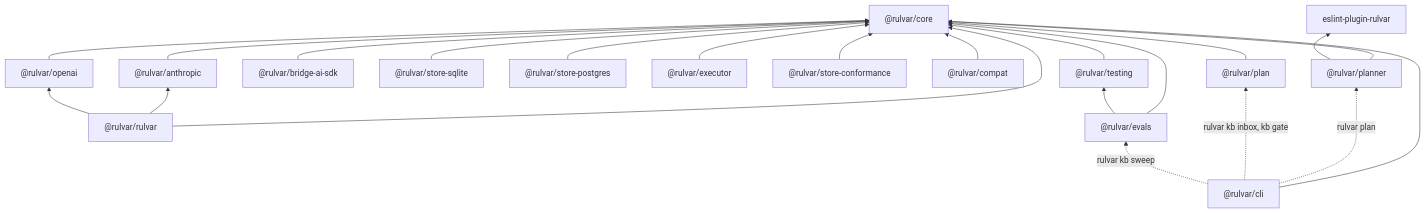
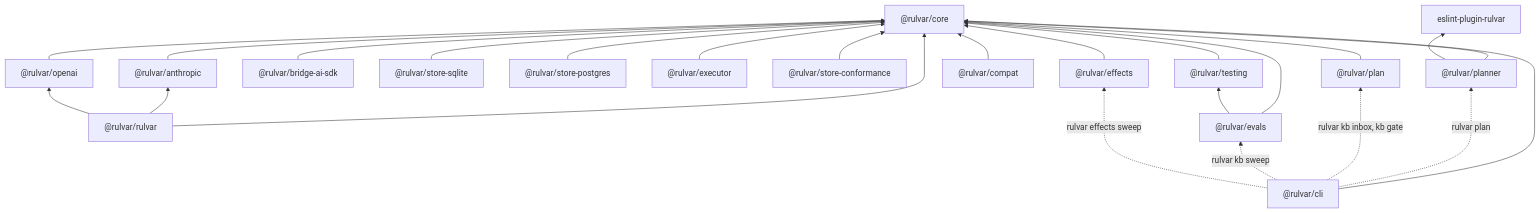
The second of 2 diagrams in docs/guide/architecture.md (o-stepper/rulvar), drawn with Mermaid before and after one commit. The commit also changed other lines of this file and 5 other files, not shown here.

````diff
--- a/docs/guide/architecture.md
+++ b/docs/guide/architecture.md
@@ -199,25 +200,27 @@
 ```mermaid
 flowchart BT
     core["@rulvar/core"]
     umbrella["@rulvar/rulvar"] --> core
     umbrella --> anthropic["@rulvar/anthropic"]
     umbrella --> openai["@rulvar/openai"]
     anthropic --> core
     openai --> core
     bridge["@rulvar/bridge-ai-sdk"] --> core
     sqlite["@rulvar/store-sqlite"] --> core
     postgres["@rulvar/store-postgres"] --> core
     executor["@rulvar/executor"] --> core
     conform["@rulvar/store-conformance"] --> core
+    effects["@rulvar/effects"] --> core
     compat["@rulvar/compat"] --> core
     plan["@rulvar/plan"] --> core
     planner["@rulvar/planner"] --> core
     planner --> eslint["eslint-plugin-rulvar"]
     testing["@rulvar/testing"] --> core
     evals["@rulvar/evals"] --> core
     evals --> testing
     cli["@rulvar/cli"] --> core
     cli -. rulvar plan .-> planner
     cli -. rulvar kb inbox, kb gate .-> plan
     cli -. rulvar kb sweep .-> evals
+    cli -. rulvar effects sweep .-> effects
 ```
````
